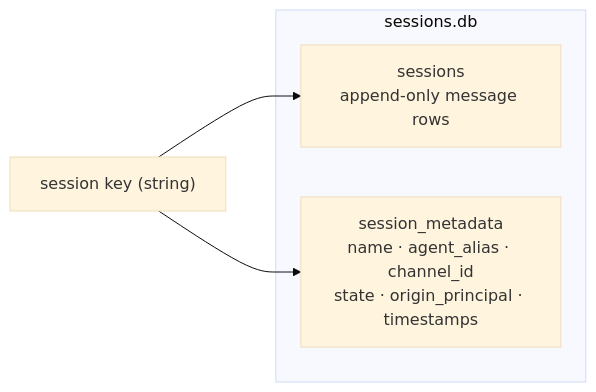
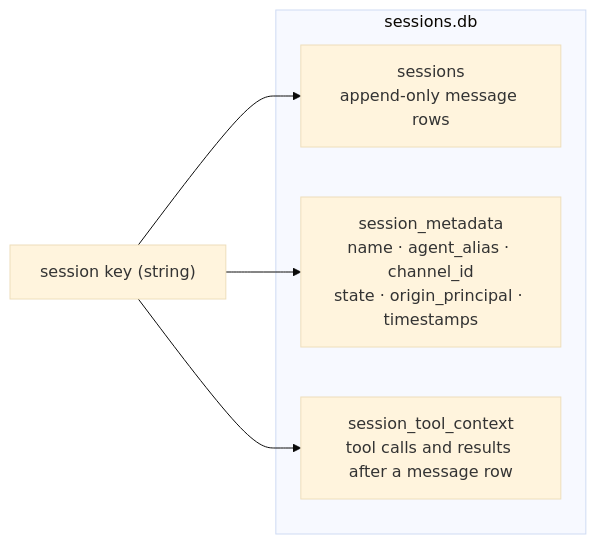
One commit to shadowbrok3r/zeroclaw changed the first of 2 diagrams in docs/book/src/architecture/session-lifecycle.md. Above: the diagram before and after it, drawn with Mermaid (base theme). The commit also changed other lines of this file and 6 other files, not shown here.

````diff
--- a/docs/book/src/architecture/session-lifecycle.md
+++ b/docs/book/src/architecture/session-lifecycle.md
@@ -36,9 +43,11 @@
 ```mermaid
 flowchart LR
     subgraph DB["sessions.db"]
         S["sessions<br/>append-only message rows"]
         M["session_metadata<br/>name · agent_alias · channel_id<br/>state · origin_principal · timestamps"]
+        T["session_tool_context<br/>tool calls and results after a message row"]
     end
     K["session key (string)"] --> S
     K --> M
+    K --> T
 ```
````
